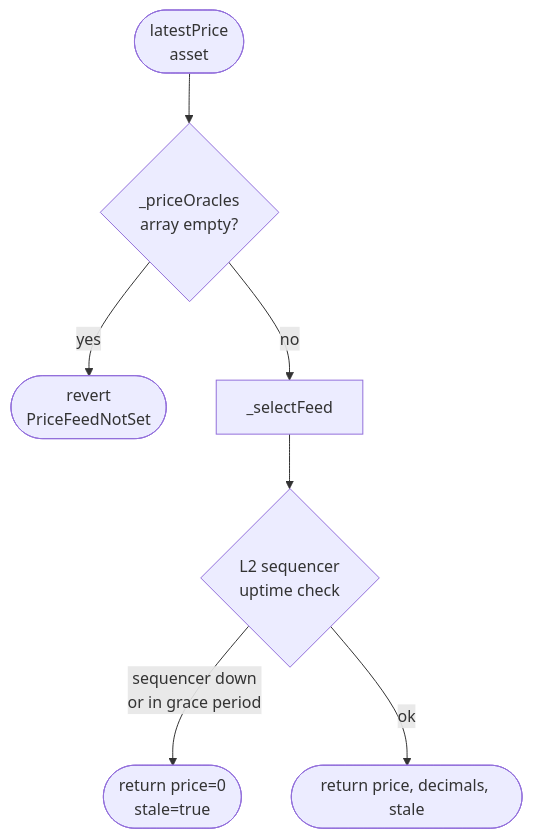
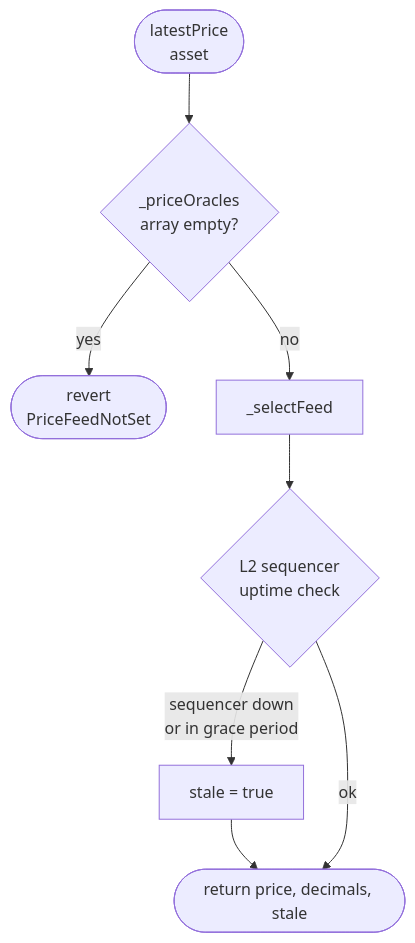
One commit to karpatkey/onchain-accounting changed the first of 2 diagrams in src/prices/PRICE_ADAPTERS.md. Above: the diagram before and after it, drawn with Mermaid. The commit also changed other lines of this file and 2 other files, not shown here.

First line of the commit message:
docs: fix Copilot review issues — staleness operator, sequencer flowchart, runbook role

````diff
--- a/src/prices/PRICE_ADAPTERS.md
+++ b/src/prices/PRICE_ADAPTERS.md
@@ -43,9 +43,10 @@
 ```mermaid
 flowchart TD
     A([latestPrice<br/>asset]) --> B{_priceOracles<br/>array empty?}
     B -- yes --> ERR1([revert<br/>PriceFeedNotSet])
     B -- no --> C[_selectFeed]
     C --> D{L2 sequencer<br/>uptime check}
-    D -- sequencer down<br/>or in grace period --> STALE([return price=0<br/>stale=true])
+    D -- sequencer down<br/>or in grace period --> SEQ[stale = true]
+    SEQ --> RET
     D -- ok --> RET([return price, decimals, stale])
 ```
````
